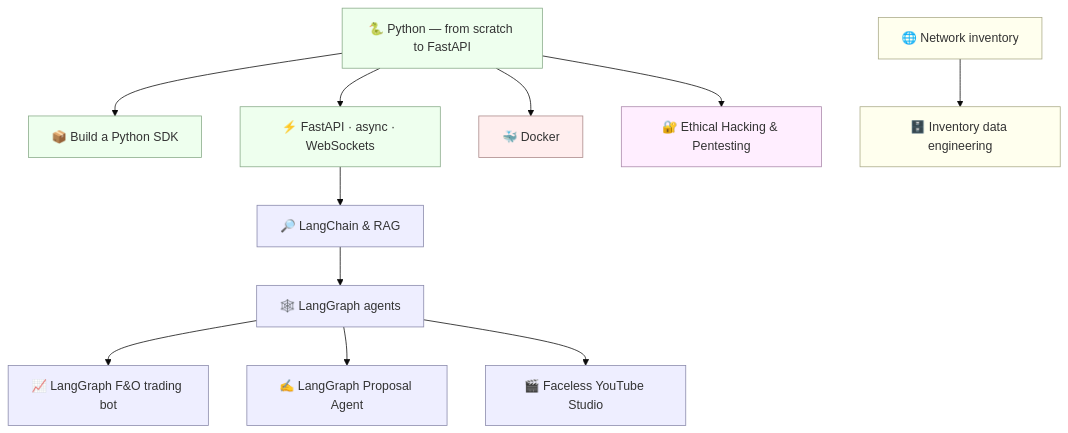
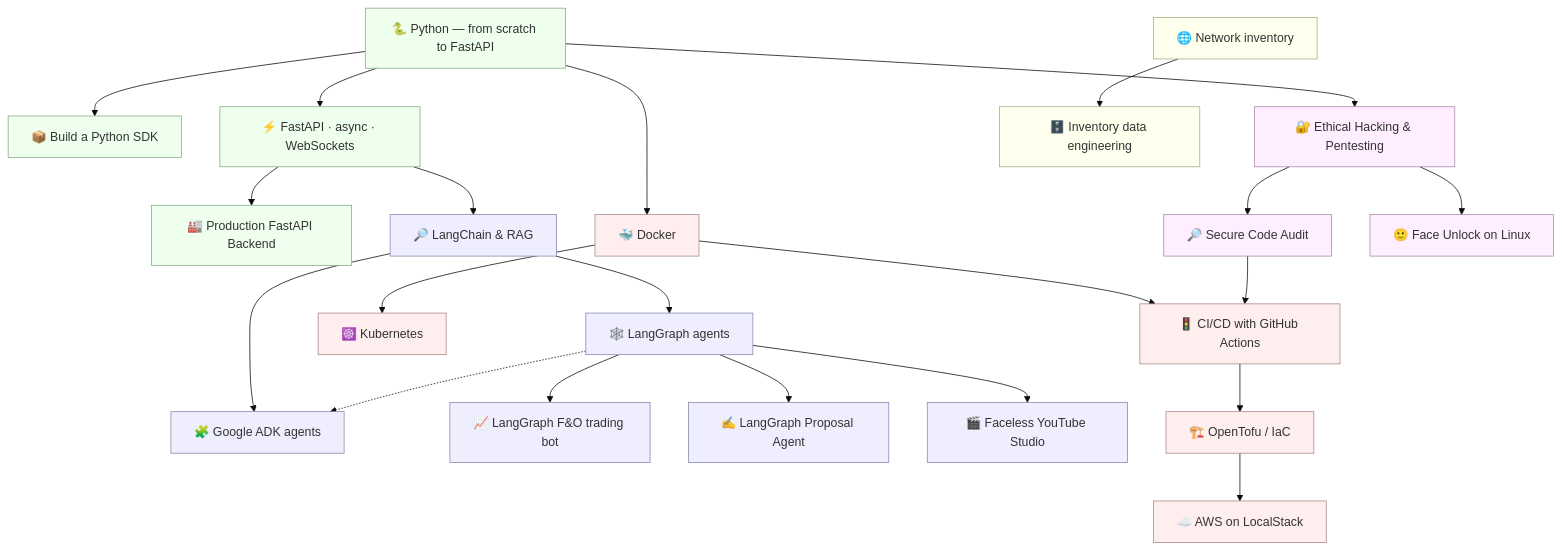
Before and after one commit to RahulHalpati/learning_docs: the diagram in README.md, drawn with Mermaid (base theme). The commit also changed other lines of this file and 459 other files, not shown here.

First line of the commit message:
feat(fastapi_production_backend): add Production FastAPI Backend course

````diff
--- a/README.md
+++ b/README.md
@@ -17,25 +17,35 @@
 ```mermaid
 flowchart TD
     PY[🐍 Python — from scratch to FastAPI]
     PY --> SDK[📦 Build a Python SDK]
     PY --> API[⚡ FastAPI · async · WebSockets]
+    API --> BE[🏭 Production FastAPI Backend]
     API --> RAG[🔎 LangChain & RAG]
     RAG --> LG[🕸️ LangGraph agents]
+    RAG --> ADK[🧩 Google ADK agents]
+    LG -.-> ADK
     LG --> BOT[📈 LangGraph F&O trading bot]
     LG --> PA[✍️ LangGraph Proposal Agent]
     LG --> FYT[🎬 Faceless YouTube Studio]
     PY --> DOK[🐳 Docker]
+    DOK --> K8S[☸️ Kubernetes]
+    DOK --> CICD[🚦 CI/CD with GitHub Actions]
+    CA --> CICD
+    CICD --> TOFU[🏗️ OpenTofu / IaC]
+    TOFU --> LS[☁️ AWS on LocalStack]
     PY --> EH[🔐 Ethical Hacking & Pentesting]
+    EH --> CA[🔎 Secure Code Audit]
+    EH --> FU[🙂 Face Unlock on Linux]
     NET[🌐 Network inventory] --> DATA[🗄️ Inventory data engineering]
 
     classDef ai fill:#eef,stroke:#88a
     classDef core fill:#efe,stroke:#8a8
     classDef infra fill:#fee,stroke:#a88
     classDef data fill:#ffe,stroke:#aa8
     classDef sec fill:#fef,stroke:#a8a
-    class PY,SDK,API core
-    class RAG,LG,BOT,PA,FYT ai
-    class DOK infra
+    class PY,SDK,API,BE core
+    class RAG,LG,ADK,BOT,PA,FYT ai
+    class DOK,K8S,CICD,TOFU,LS infra
     class NET,DATA data
-    class EH sec
+    class EH,CA,FU sec
 ```
````
